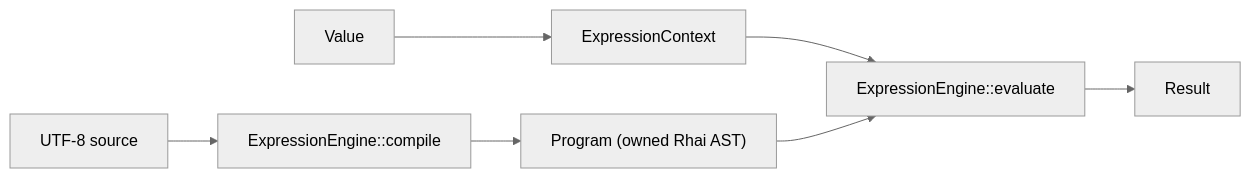
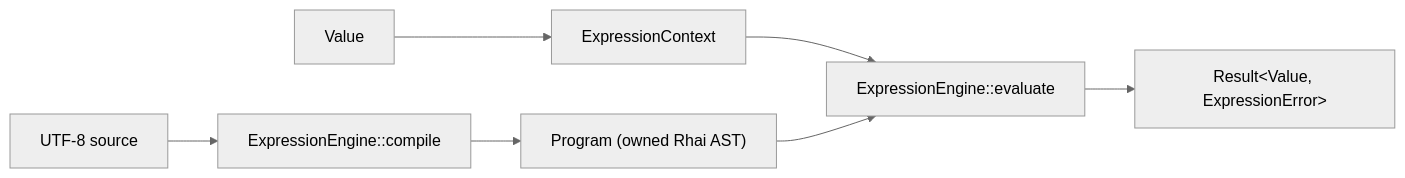
One commit to kjn-void/gd-rs changed the diagram in docs/expression.md. Above: the diagram before and after it, drawn with Mermaid (neutral theme). The commit also changed 4 other files, not shown here.

Commit message:
Fix Mermaid generic type labels

````diff
--- a/docs/expression.md
+++ b/docs/expression.md
@@ -16,9 +16,9 @@
 ```mermaid
 flowchart LR
     Source["UTF-8 source"] --> Compile["ExpressionEngine::compile"]
     Compile --> Program["Program (owned Rhai AST)"]
     GD["Value"] --> Context["ExpressionContext"]
     Context --> Evaluate["ExpressionEngine::evaluate"]
     Program --> Evaluate
-    Evaluate --> Result["Result<Value, ExpressionError>"]
+    Evaluate --> Result["Result&lt;Value, ExpressionError&gt;"]
 ```
````
